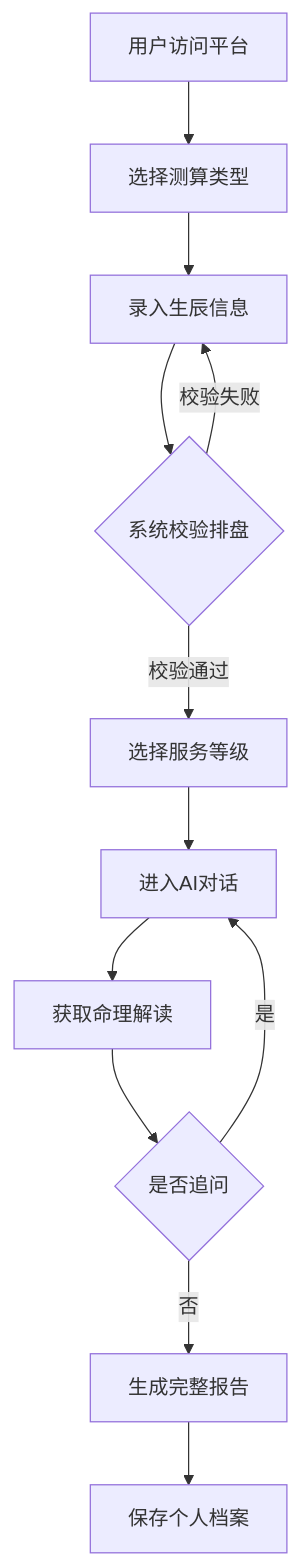
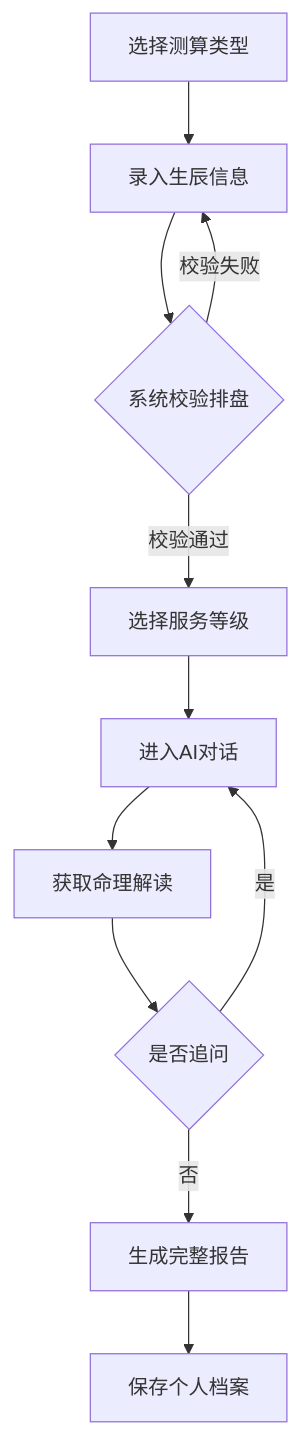
One commit to J-W-M/text changed the second of 3 diagrams in .trae/documents/prd.md. Above: the diagram before and after it, drawn with Mermaid. The commit also changed other lines of this file and 4 other files, not shown here.

````diff
--- a/.trae/documents/prd.md
+++ b/.trae/documents/prd.md
@@ -52,14 +76,13 @@
 ```mermaid
 flowchart TD
-    A["用户访问平台"] --> B["选择测算类型"]
-    B --> C["录入生辰信息"]
-    C --> D{"系统校验排盘"}
-    D -->|校验通过| E["选择服务等级"]
-    D -->|校验失败| C
-    E --> F["进入AI对话"]
-    F --> G["获取命理解读"]
-    G --> H{"是否追问"}
-    H -->|是| F
-    H -->|否| I["生成完整报告"]
-    I --> J["保存个人档案"]
+    A["选择测算类型"] --> B["录入生辰信息"]
+    B --> C{"系统校验排盘"}
+    C -->|校验通过| D["选择服务等级"]
+    C -->|校验失败| B
+    D --> E["进入AI对话"]
+    E --> F["获取命理解读"]
+    F --> G{"是否追问"}
+    G -->|是| E
+    G -->|否| H["生成完整报告"]
+    H --> I["保存个人档案"]
 ```
````
